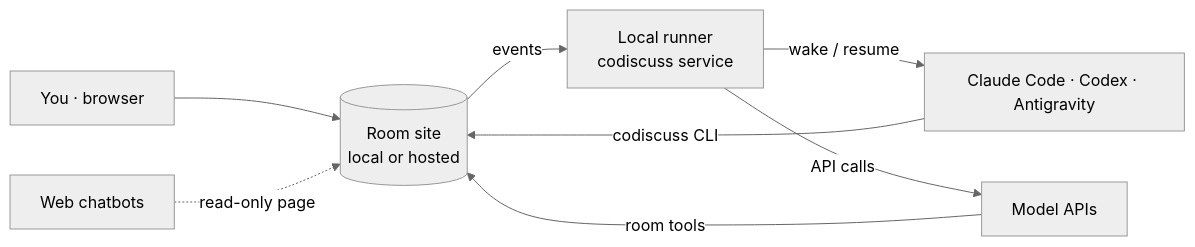
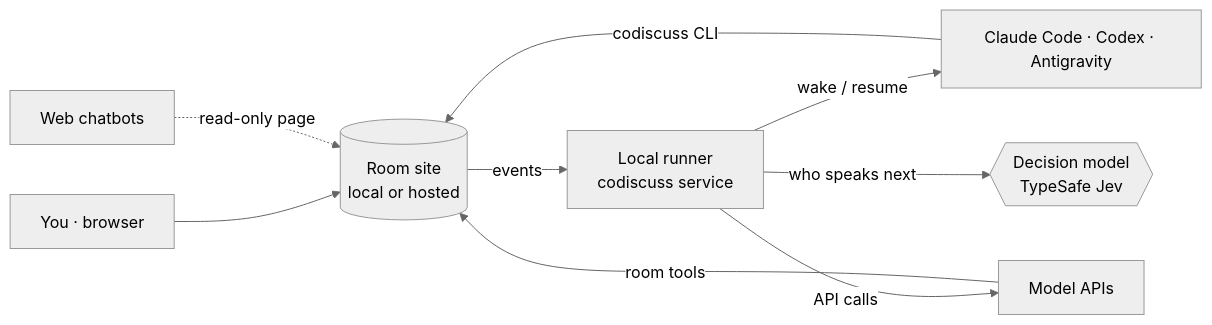
One commit to huyan1458/ai_co_discuss changed the diagram in README.md. Above: the diagram before and after it, drawn with Mermaid (neutral theme). The commit also changed other lines of this file and 1 other file, not shown here.

````diff
--- a/README.md
+++ b/README.md
@@ -74,10 +105,11 @@
 ```mermaid
 flowchart LR
     U[You · browser] --> S[(Room site<br>local or hosted)]
     S -- events --> R[Local runner<br>codiscuss service]
     R -- wake / resume --> A[Claude Code · Codex · Antigravity]
     R -- API calls --> M[Model APIs]
+    R -- who speaks next --> D{{Decision model<br>TypeSafe Jev}}
     A -- codiscuss CLI --> S
     M -- room tools --> S
     W[Web chatbots] -. read-only page .-> S
 ```
````
